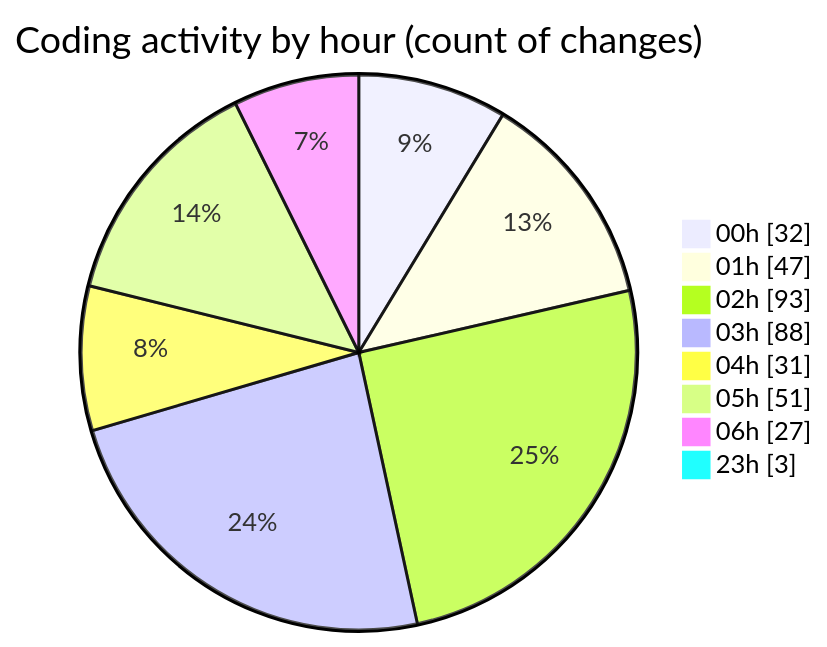
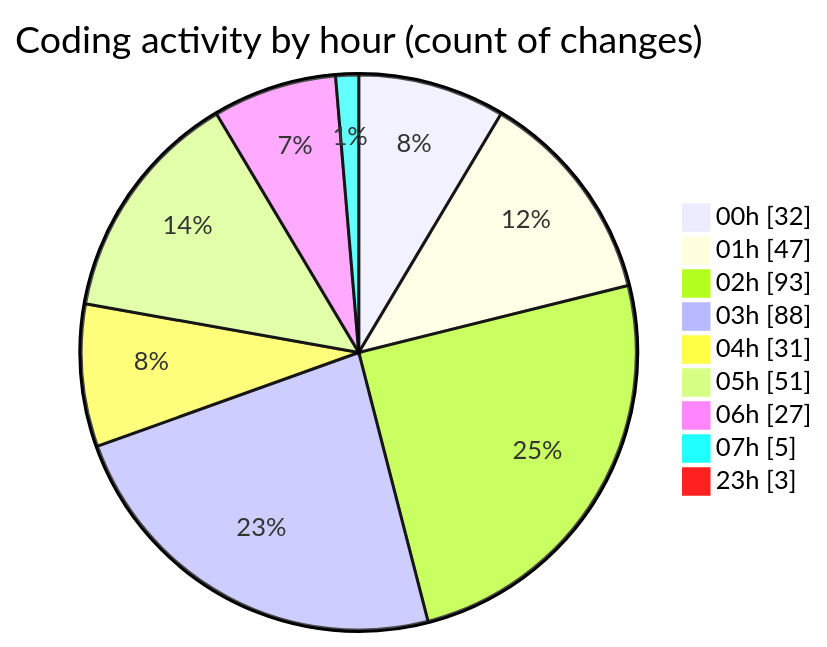
One commit to lephambinh05/code-tracking changed the second of 2 diagrams in 2025-07-28/quanlyrapchieuphim-1/README.md. Above: the diagram before and after it, drawn with Mermaid. The commit also changed other lines of this file and 1 other file, not shown here.

````diff
--- a/2025-07-28/quanlyrapchieuphim-1/README.md
+++ b/2025-07-28/quanlyrapchieuphim-1/README.md
@@ -84,12 +86,13 @@
 ```mermaid
 pie showData
 title Coding activity by hour (count of changes)
 "00h" : 32
 "01h" : 47
 "02h" : 93
 "03h" : 88
 "04h" : 31
 "05h" : 51
 "06h" : 27
+"07h" : 5
 "23h" : 3
 ```
````
